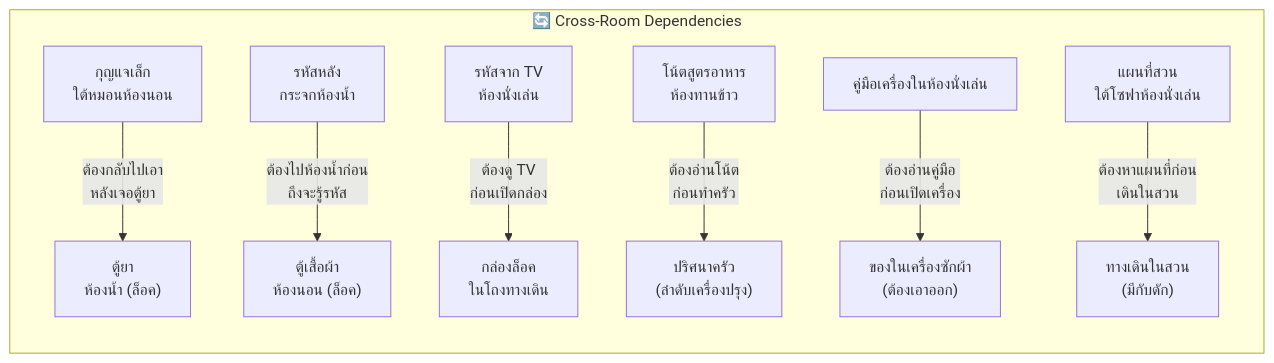
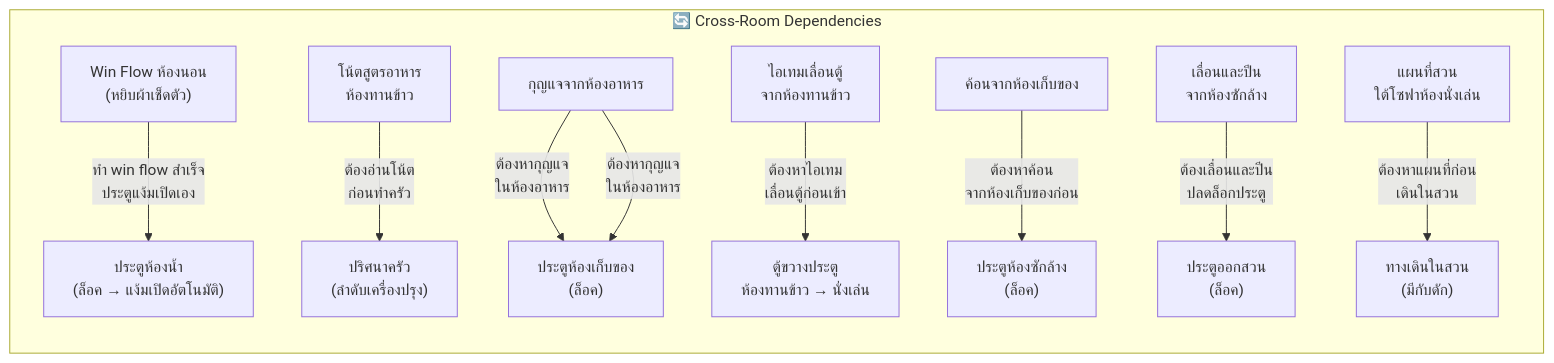
Before and after one commit to witchu/horror-adventure: the second of 2 diagrams in map.md, drawn with Mermaid. The commit also changed other lines of this file and 11 other files, not shown here.

````diff
--- a/map.md
+++ b/map.md
@@ -54,28 +66,35 @@
 ```mermaid
 graph LR
     subgraph "🔄 Cross-Room Dependencies"
-        BATH_LOCK["ตู้ยา\nห้องน้ำ (ล็อค)"]
-        BED_KEY["กุญแจเล็ก\nใต้หมอนห้องนอน"]
-        BED_KEY -->|"ต้องกลับไปเอา\nหลังเจอตู้ยา"| BATH_LOCK
-
-        WARD["ตู้เสื้อผ้า\nห้องนอน (ล็อค)"]
-        BATH_MIRROR["รหัสหลัง\nกระจกห้องน้ำ"]
-        BATH_MIRROR -->|"ต้องไปห้องน้ำก่อน\nถึงจะรู้รหัส"| WARD
-
-        HALL_BOX["กล่องล็อค\nในโถงทางเดิน"]
-        LIV_TV["รหัสจาก TV\nห้องนั่งเล่น"]
-        LIV_TV -->|"ต้องดู TV\nก่อนเปิดกล่อง"| HALL_BOX
+        BED_FLOW["Win Flow ห้องนอน\n(หยิบผ้าเช็ดตัว)"]
+        BATH_DOOR["ประตูห้องน้ำ\n(ล็อค → แง้มเปิดอัตโนมัติ)"]
+        BED_FLOW -->|"ทำ win flow สำเร็จ\nประตูแง้มเปิดเอง"| BATH_DOOR
 
         DIN_NOTE["โน้ตสูตรอาหาร\nห้องทานข้าว"]
         KIT_PUZZLE["ปริศนาครัว\n(ลำดับเครื่องปรุง)"]
         DIN_NOTE -->|"ต้องอ่านโน้ต\nก่อนทำครัว"| KIT_PUZZLE
 
-        LAU_WASH["ของในเครื่องซักผ้า\n(ต้องเอาออก)"]
-        LIV_MANUAL["คู่มือเครื่องในห้องนั่งเล่น"]
-        LIV_MANUAL -->|"ต้องอ่านคู่มือ\nก่อนเปิดเครื่อง"| LAU_WASH
+        DIN_HKEY["กุญแจจากห้องอาหาร"]
+        DIN_HKEY -->|"ต้องหากุญแจ\nในห้องอาหาร"| STO_DOOR
+
+        DIN_CABINET["ตู้ขวางประตู\nห้องทานข้าว → นั่งเล่น"]
+        DIN_ITEM["ไอเทมเลื่อนตู้\nจากห้องทานข้าว"]
+        DIN_ITEM -->|"ต้องหาไอเทม\nเลื่อนตู้ก่อนเข้า"| DIN_CABINET
+
+        LAU_DOOR["ประตูห้องซักล้าง\n(ล็อค)"]
+        STO_HAMMER["ค้อนจากห้องเก็บของ"]
+        STO_HAMMER -->|"ต้องหาค้อน\nจากห้องเก็บของก่อน"| LAU_DOOR
+
+        STO_DOOR["ประตูห้องเก็บของ\n(ล็อค)"]
+        DIN_HKEY["กุญแจจากห้องอาหาร"]
+        DIN_HKEY -->|"ต้องหากุญแจ\nในห้องอาหาร"| STO_DOOR
+
+        GAR_DOOR["ประตูออกสวน\n(ล็อค)"]
+        LAU_CLIMB["เลื่อนและปีน\nจากห้องซักล้าง"]
+        LAU_CLIMB -->|"ต้องเลื่อนและปีน\nปลดล็อกประตู"| GAR_DOOR
 
         GAR_PATH["ทางเดินในสวน\n(มีกับดัก)"]
         LIV_MAP["แผนที่สวน\nใต้โซฟาห้องนั่งเล่น"]
         LIV_MAP -->|"ต้องหาแผนที่ก่อน\nเดินในสวน"| GAR_PATH
     end
 ```
````
